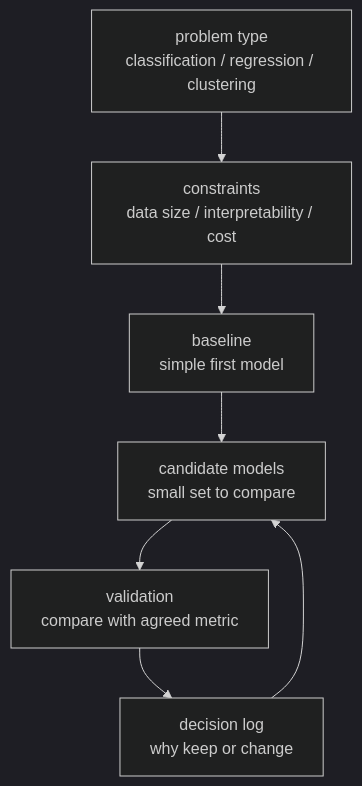
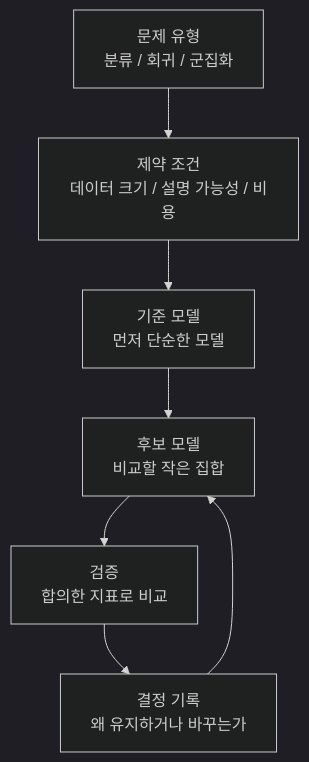
One commit to devchan64/AiBook changed the second of 3 diagrams in docs/parts/part-04/chapter-03/section-02.md. Above: the diagram before and after it, drawn with Mermaid (dark theme). The commit also changed other lines of this file and 29 other files, not shown here.

````diff
--- a/docs/parts/part-04/chapter-03/section-02.md
+++ b/docs/parts/part-04/chapter-03/section-02.md
@@ -81,16 +81,16 @@
 ```mermaid
 flowchart TB
-  A["problem type<br/>classification / regression / clustering"]
-  B["constraints<br/>data size / interpretability / cost"]
-  C["baseline<br/>simple first model"]
-  D["candidate models<br/>small set to compare"]
-  E["validation<br/>compare with agreed metric"]
-  F["decision log<br/>why keep or change"]
+  A["문제 유형<br/>분류 / 회귀 / 군집화"]
+  B["제약 조건<br/>데이터 크기 / 설명 가능성 / 비용"]
+  C["기준 모델<br/>먼저 단순한 모델"]
+  D["후보 모델<br/>비교할 작은 집합"]
+  E["검증<br/>합의한 지표로 비교"]
+  F["결정 기록<br/>왜 유지하거나 바꾸는가"]
 
   A --> B
   B --> C
   C --> D
   D --> E
   E --> F
   F --> D
 ```
````
